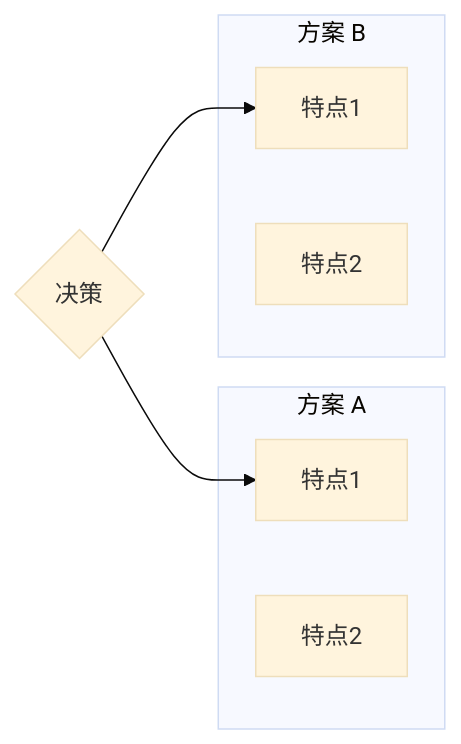
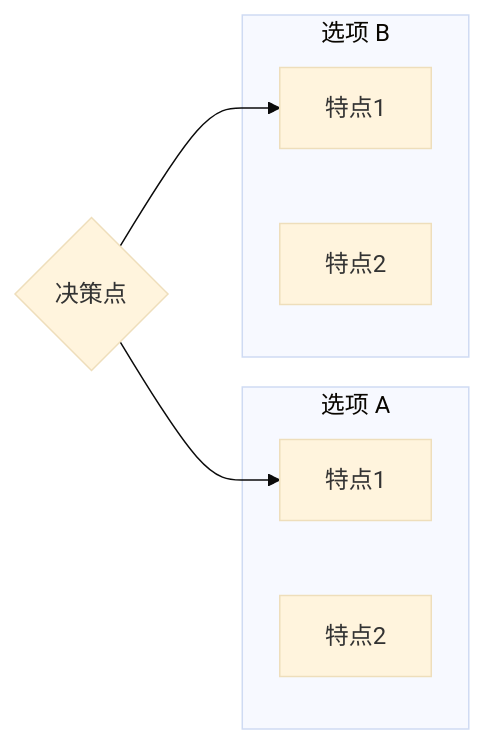
The diagram in skills/workflow-plan/assets/research-template.md (JIA-ss/agents), drawn with Mermaid (base theme) before and after one commit. The commit also changed other lines of this file and 4 other files, not shown here.

````diff
--- a/skills/workflow-plan/assets/research-template.md
+++ b/skills/workflow-plan/assets/research-template.md
@@ -110,15 +123,15 @@
 ```mermaid
 graph LR
-    subgraph "方案 A"
+    subgraph "选项 A"
         A1[特点1]
         A2[特点2]
     end
-    
-    subgraph "方案 B"
+
+    subgraph "选项 B"
         B1[特点1]
         B2[特点2]
     end
-    
-    DECISION{决策} --> A1
+
+    DECISION{决策点} --> A1
     DECISION --> B1
 ```
````
